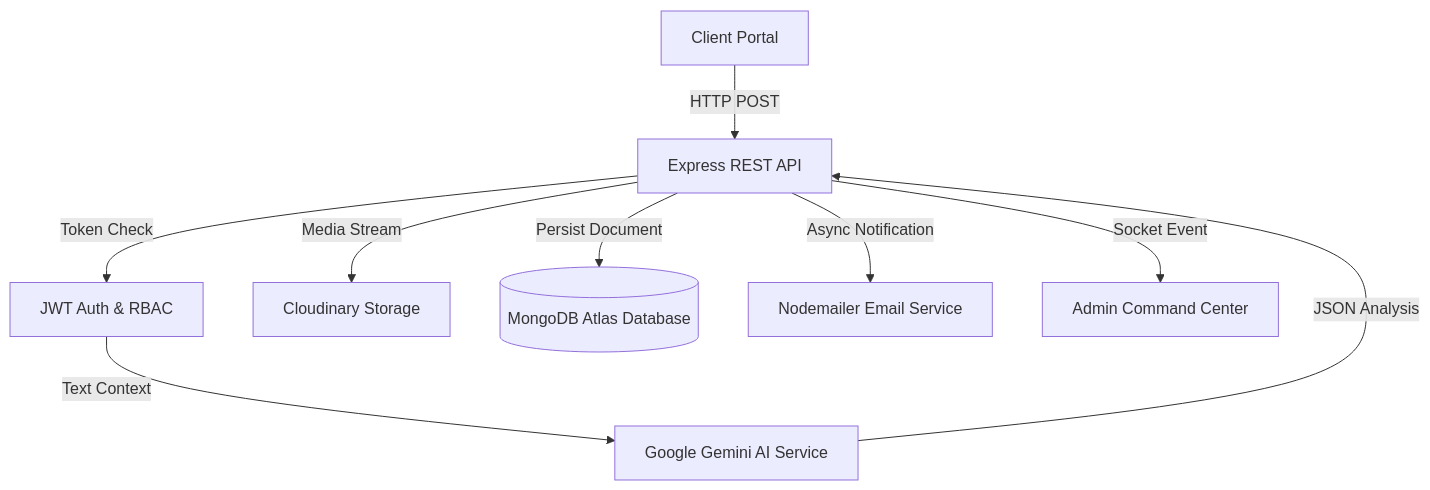
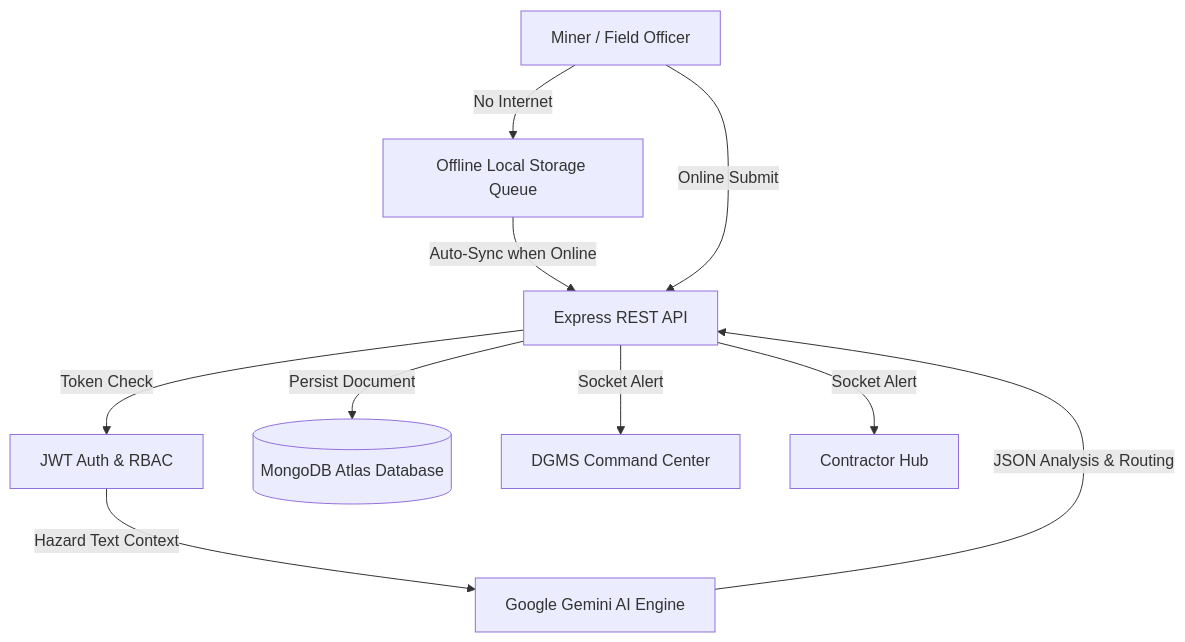
The diagram in README.md (ayush-3945/ai-smart-issue-routing), drawn with Mermaid before and after one commit. The commit also changed other lines of this file, not shown here.

Commit message:
docs: Completely rewrite README.md for CoalDarpan mining context

````diff
--- a/README.md
+++ b/README.md
@@ -57,11 +58,12 @@
 ```mermaid
 graph TD;
-    User[Client Portal] -->|HTTP POST| Express[Express REST API];
+    Miner[Miner / Field Officer] -->|No Internet| LocalStorage[Offline Local Storage Queue];
+    LocalStorage -->|Auto-Sync when Online| Express[Express REST API];
+    Miner -->|Online Submit| Express;
     Express -->|Token Check| AuthMiddleware[JWT Auth & RBAC];
-    AuthMiddleware -->|Text Context| Gemini[Google Gemini AI Service];
-    Gemini -->|JSON Analysis| Express;
-    Express -->|Media Stream| Cloudinary[Cloudinary Storage];
+    AuthMiddleware -->|Hazard Text Context| Gemini[Google Gemini AI Engine];
+    Gemini -->|JSON Analysis & Routing| Express;
     Express -->|Persist Document| MongoDB[(MongoDB Atlas Database)];
-    Express -->|Async Notification| Email[Nodemailer Email Service];
-    Express -->|Socket Event| Admin[Admin Command Center];
+    Express -->|Socket Alert| Admin[DGMS Command Center];
+    Express -->|Socket Alert| Contractor[Contractor Hub];
 ```
````
